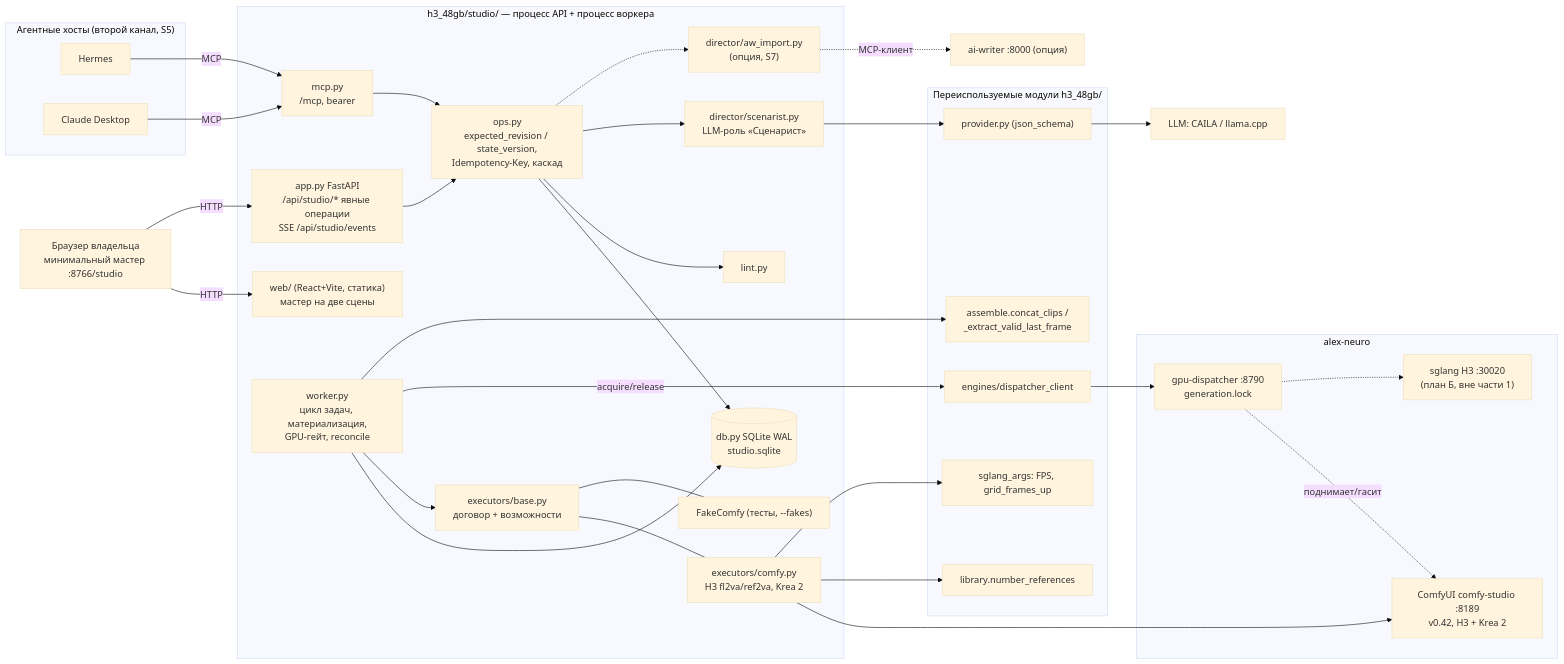
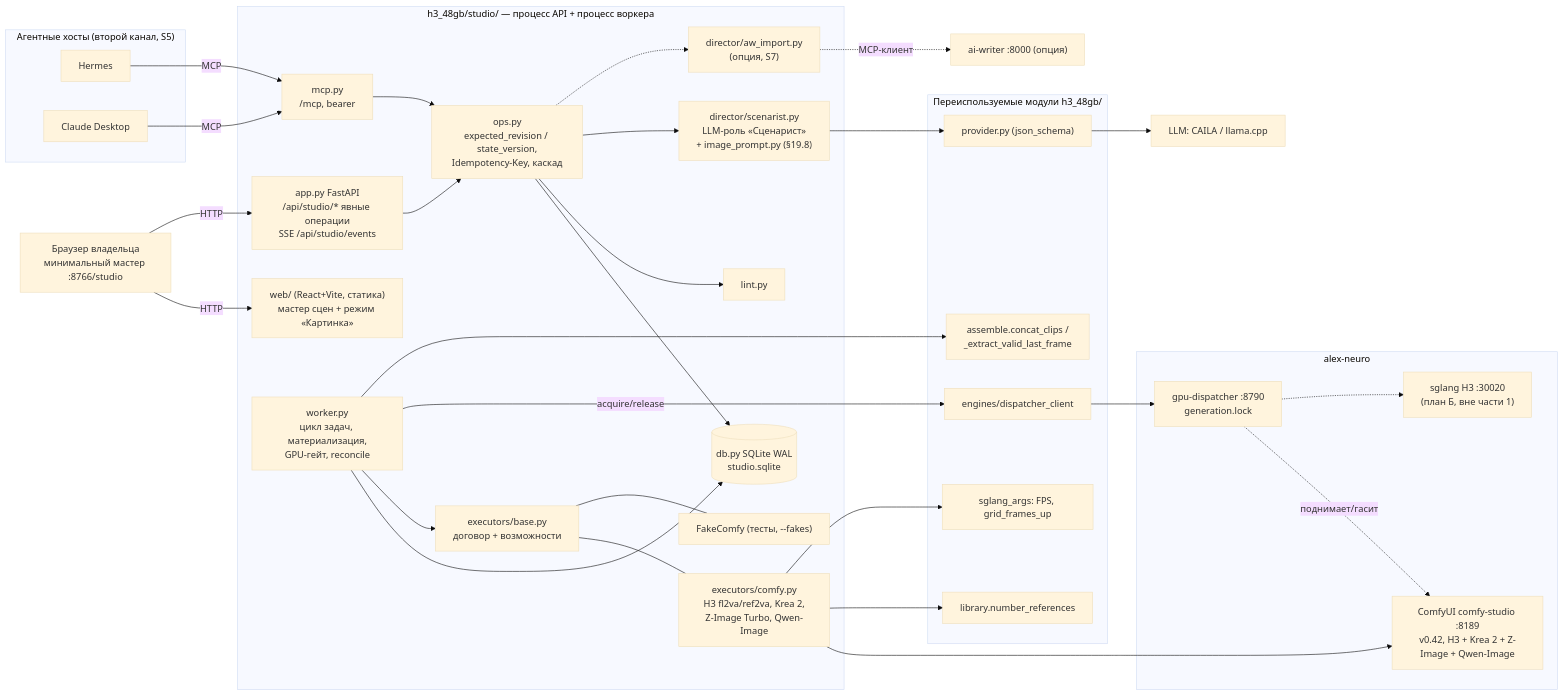
Before and after one commit to AlexeyKorzhebin/minimax-h3-mlx-48gb: the first of 7 diagrams in docs/superpowers/specs/2026-10-10-studio-part1-core-design.md, drawn with Mermaid (base theme). The commit also changed other lines of this file and 5 other files, not shown here.

Commit message:
docs(studio): спека ред. 3 (черновик) — режим «Картинка» §19, срез S2b; замеры Krea 2 и Z-Image Turbo, шаблон zimage-turbo-t2i

````diff
--- a/docs/superpowers/specs/2026-10-10-studio-part1-core-design.md
+++ b/docs/superpowers/specs/2026-10-10-studio-part1-core-design.md
@@ -148,56 +189,56 @@
 ```mermaid
 flowchart LR
   BR["Браузер владельца<br/>минимальный мастер :8766/studio"]
   subgraph HOSTS["Агентные хосты (второй канал, S5)"]
     HER["Hermes"]
     CLD["Claude Desktop"]
   end
   subgraph STUDIO["h3_48gb/studio/ — процесс API + процесс воркера"]
-    WEB["web/ (React+Vite, статика)<br/>мастер на две сцены"]
+    WEB["web/ (React+Vite, статика)<br/>мастер сцен + режим «Картинка»"]
     API["app.py FastAPI<br/>/api/studio/* явные операции<br/>SSE /api/studio/events"]
     MCP["mcp.py<br/>/mcp, bearer"]
     OPS["ops.py<br/>expected_revision / state_version,<br/>Idempotency-Key, каскад"]
     LINT["lint.py"]
-    DIR["director/scenarist.py<br/>LLM-роль «Сценарист»"]
+    DIR["director/scenarist.py<br/>LLM-роль «Сценарист»<br/>+ image_prompt.py (§19.8)"]
     AWI["director/aw_import.py<br/>(опция, S7)"]
     DB[("db.py SQLite WAL<br/>studio.sqlite")]
     WRK["worker.py<br/>цикл задач, материализация,<br/>GPU-гейт, reconcile"]
     EXB["executors/base.py<br/>договор + возможности"]
-    EXC["executors/comfy.py<br/>H3 fl2va/ref2va, Krea 2"]
+    EXC["executors/comfy.py<br/>H3 fl2va/ref2va, Krea 2,<br/>Z-Image Turbo, Qwen-Image"]
     EXF["FakeComfy (тесты, --fakes)"]
   end
   subgraph LEGACY["Переиспользуемые модули h3_48gb/"]
     LIB["library.number_references"]
     ASM["assemble.concat_clips /<br/>_extract_valid_last_frame"]
     PRV["provider.py (json_schema)"]
     GRID["sglang_args: FPS, grid_frames_up"]
     DCL["engines/dispatcher_client"]
   end
   subgraph NEURO["alex-neuro"]
-    CMF["ComfyUI comfy-studio :8189<br/>v0.42, H3 + Krea 2"]
+    CMF["ComfyUI comfy-studio :8189<br/>v0.42, H3 + Krea 2 + Z-Image + Qwen-Image"]
     GPU["gpu-dispatcher :8790<br/>generation.lock"]
     SGL["sglang H3 :30020<br/>(план Б, вне части 1)"]
   end
   AW["ai-writer :8000 (опция)"]
   LLM["LLM: CAILA / llama.cpp"]
 
   BR -->|HTTP| WEB
   BR -->|HTTP| API
   HER & CLD -->|MCP| MCP
   MCP --> OPS
   API --> OPS
   OPS --> DB
   OPS --> LINT
   OPS --> DIR --> PRV --> LLM
   OPS -.-> AWI -.->|MCP-клиент| AW
   WRK --> DB
   WRK --> EXB
   EXB --- EXC & EXF
   EXC --> CMF
   EXC --> LIB
   EXC --> GRID
   WRK -->|acquire/release| DCL --> GPU
   GPU -.поднимает/гасит.-> CMF
   GPU -.-> SGL
   WRK --> ASM
 ```
````
